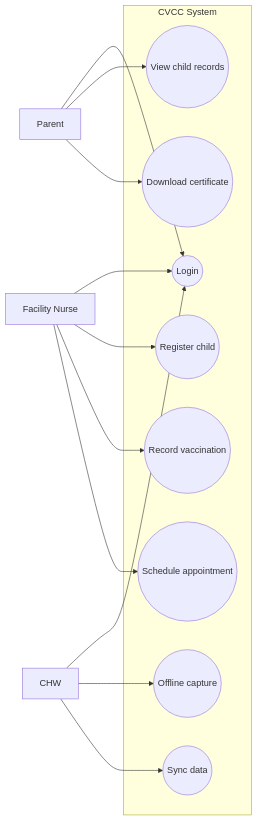
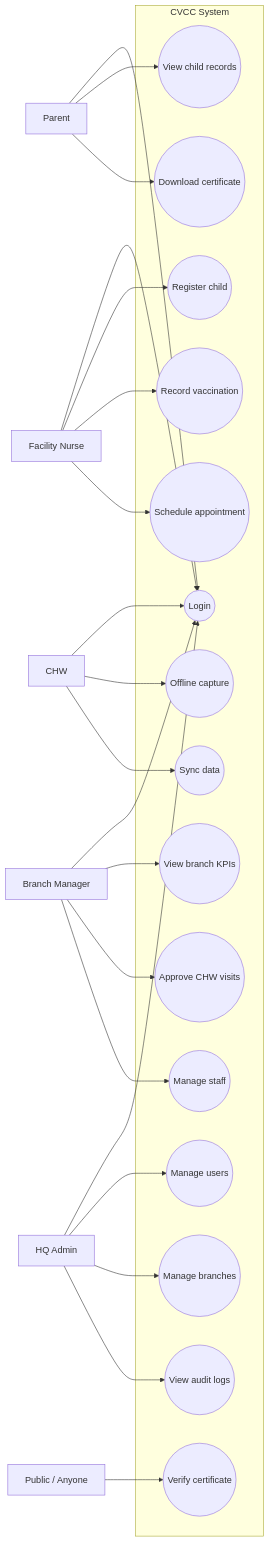
One commit to Juny-max/child-vaccination-system changed the second of 6 diagrams in docs/CHAPTER-4-DIAGRAMS.md. Above: the diagram before and after it, drawn with Mermaid. The commit also changed other lines of this file and 1 other file, not shown here.

Commit message:
docs: update flowcharts and diagrams to reflect current 5-role system
- Module 4 (Verify Certificate): rewritten as public /verify page flow — no login, no PHA role, queries Supabase directly via Next.js route handler
- Module 7 (Reports): relabelled from Data Officer/Admin to Branch Manager/HQ Admin
- Activity diagram: added Branch Manager and HQ Admin paths
- Use case diagram: expanded from 3 to 5 roles; added Branch Manager, HQ Admin, and Public (verify certificate) actors; removed PHA/Data Officer

````diff
--- a/docs/CHAPTER-4-DIAGRAMS.md
+++ b/docs/CHAPTER-4-DIAGRAMS.md
@@ -30,26 +36,45 @@
 ```mermaid
 flowchart LR
   Parent[Parent] --> UC1((Login))
   Parent --> UC2((View child records))
   Parent --> UC3((Download certificate))
 
   Nurse[Facility Nurse] --> UC1
   Nurse --> UC4((Register child))
   Nurse --> UC5((Record vaccination))
   Nurse --> UC6((Schedule appointment))
 
   CHW[CHW] --> UC1
   CHW --> UC7((Offline capture))
   CHW --> UC8((Sync data))
 
+  BM[Branch Manager] --> UC1
+  BM --> UC9((View branch KPIs))
+  BM --> UC10((Approve CHW visits))
+  BM --> UC11((Manage staff))
+
+  HQA[HQ Admin] --> UC1
+  HQA --> UC12((Manage users))
+  HQA --> UC13((Manage branches))
+  HQA --> UC14((View audit logs))
+
+  Public[Public / Anyone] --> UC15((Verify certificate))
+
   subgraph CVCC System
     UC1
     UC2
     UC3
     UC4
     UC5
     UC6
     UC7
     UC8
+    UC9
+    UC10
+    UC11
+    UC12
+    UC13
+    UC14
+    UC15
   end
 ```
````
